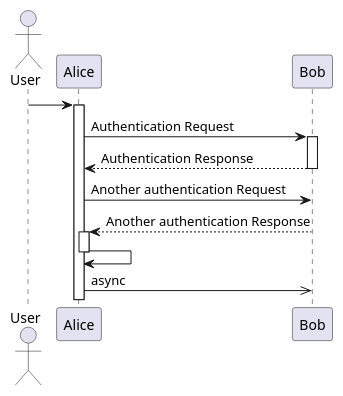
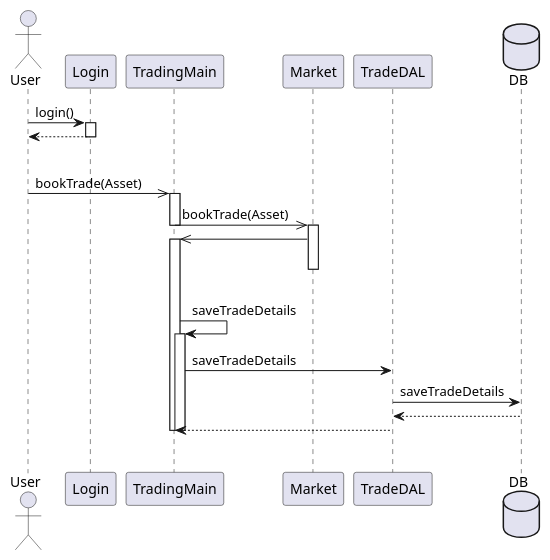
The diagram in uml/class-diagrams/resources/Uml-Sequence-diagram.puml (aridoza/foundational-java), drawn with PlantUML before and after one commit. The commit also changed other lines of this file and 10 other files, not shown here.

Commit message:
Adding activity for class diagram

```diff
--- a/uml/class-diagrams/resources/Uml-Sequence-diagram.puml
+++ b/uml/class-diagrams/resources/Uml-Sequence-diagram.puml
@@ -2,17 +1,29 @@
 @startuml
 actor User
-User -> Alice
-activate Alice
-Alice -> Bob: Authentication Request
-activate Bob
-Bob --> Alice: Authentication Response
-deactivate Bob
+User->Login: login()
+activate Login
+Login--> User
+deactivate Login
+|||
+User->>TradingMain: bookTrade(Asset)
+Activate TradingMain
+TradingMain->>Market: bookTrade(Asset)
+deactivate TradingMain
+activate Market
+Market->>TradingMain
+activate TradingMain
+deactivate Market
+|||
+TradingMain->TradingMain: saveTradeDetails
+activate TradingMain
+TradingMain->TradeDAL: saveTradeDetails
+database DB
+TradeDAL->DB: saveTradeDetails
+DB-->TradeDAL
+TradeDAL-->TradingMain
+|||
+deactivate TradingMain
+deactivate TradingMain
 
-Alice -> Bob: Another authentication Request
-Alice <-- Bob: Another authentication Response
 
-activate Alice
-Alice -> Alice
-deactivate Alice
-Alice ->> Bob: async
 @enduml
```
